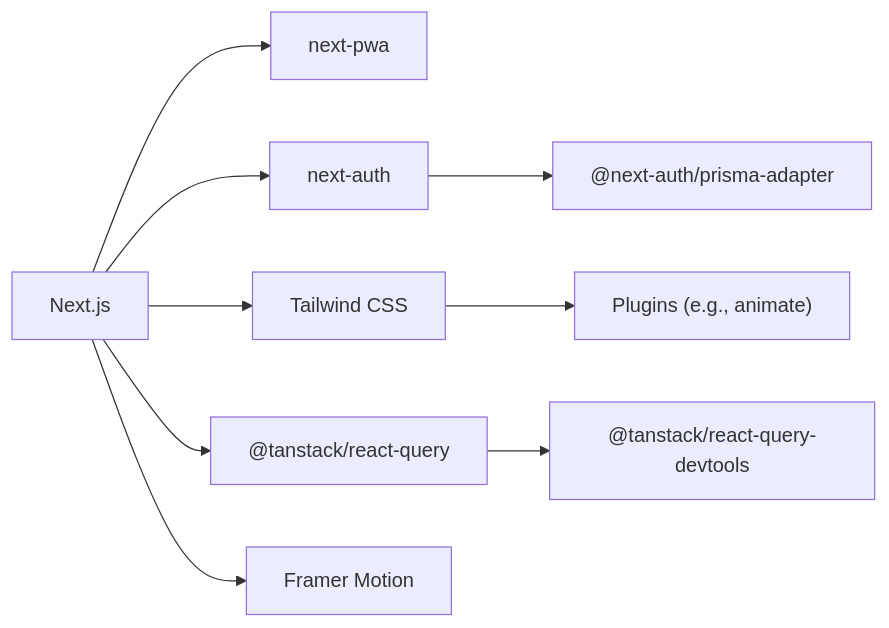
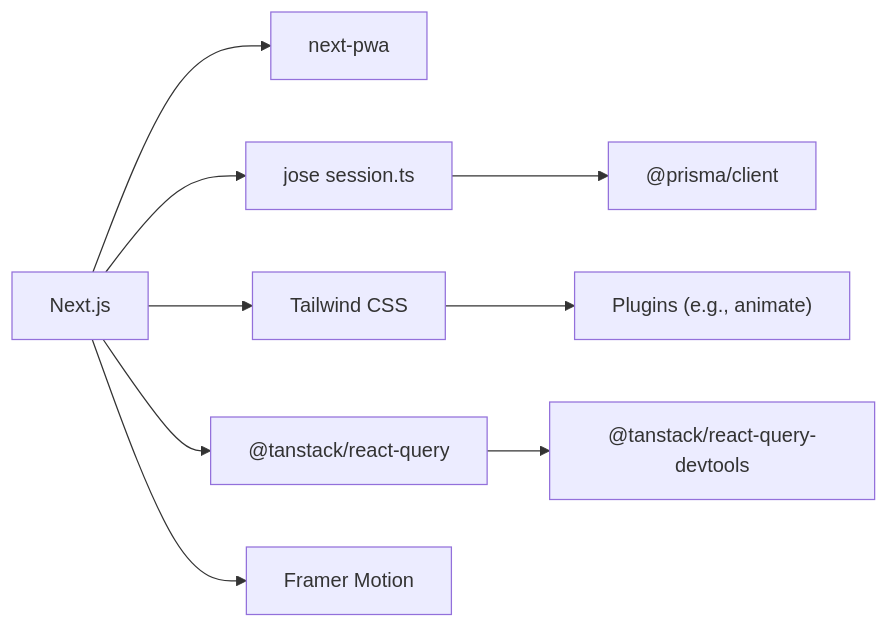
The eighth of 8 diagrams in src/data/docs/talentsync/Frontend Application/Frontend Application.md (tashifkhan/tashif.codes), drawn with Mermaid before and after one commit. The commit also changed other lines of this file and 2128 other files, not shown here.

First line of the commit message:
docs: replace raster diagram images with native Mermaid across project guides

````diff
--- a/src/data/docs/talentsync/Frontend Application/Frontend Application.md
+++ b/src/data/docs/talentsync/Frontend Application/Frontend Application.md
@@ -201,11 +196,11 @@
 ```mermaid
 graph LR
 N["Next.js"] --> PWA["next-pwa"]
-N --> NA["next-auth"]
+N --> NA["jose session.ts"]
 N --> TW["Tailwind CSS"]
 N --> RQ["@tanstack/react-query"]
 N --> RM["Framer Motion"]
-NA --> PRISMA["@next-auth/prisma-adapter"]
+NA --> PRISMA["@prisma/client"]
 RQ --> DEVTOOLS["@tanstack/react-query-devtools"]
 TW --> PLUGINS["Plugins (e.g., animate)"]
 ```
````
